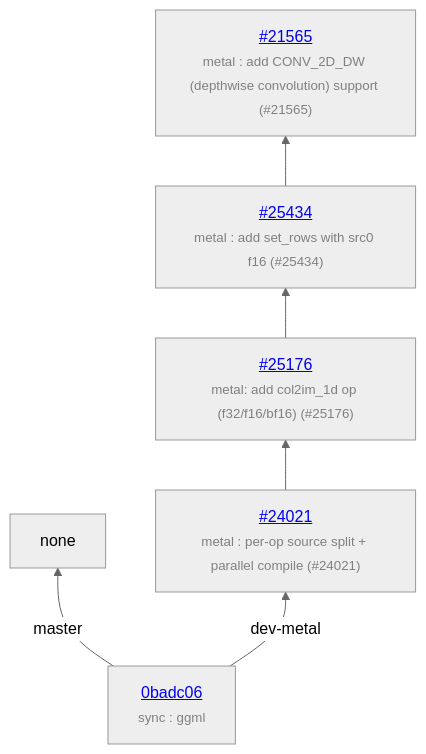
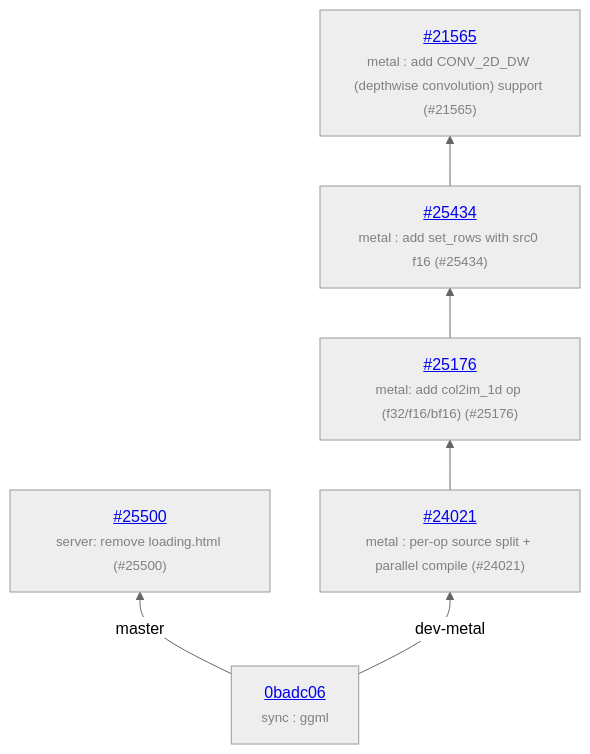
The diagram in README.md (ggml-org/llama.cpp-dev), drawn with Mermaid (neutral theme) before and after one commit. The commit also changed other lines of this file and 1 other file, not shown here.

Commit message:
auto: update

````diff
--- a/README.md
+++ b/README.md
@@ -13,13 +13,14 @@
 ```mermaid
 graph BT
     COMMON["<a href='https://github.com/ggml-org/llama.cpp/commit/0badc06ab53a8eb96e01242b92ec1365c4465a2a'>0badc06</a><br/><span style='font-size:smaller;color:gray'>sync : ggml</span>"]
-    COMMON -->|master| none
+    COMMON -->|master| C_a935fbf
+    C_a935fbf["<a href='https://github.com/ggml-org/llama.cpp/pull/25500'>#25500</a><br/><span style='font-size:smaller;color:gray'>server: remove loading.html (#25500)</span>"]
     COMMON -->|dev-metal| C_3835214
     C_3835214["<a href='https://github.com/ggml-org/llama.cpp/pull/24021'>#24021</a><br/><span style='font-size:smaller;color:gray'>metal : per-op source split + parallel compile (#24021)</span>"]
     C_3835214 --> C_de75555
     C_de75555["<a href='https://github.com/ggml-org/llama.cpp/pull/25176'>#25176</a><br/><span style='font-size:smaller;color:gray'>metal: add col2im_1d op (f32/f16/bf16) (#25176)</span>"]
     C_de75555 --> C_e3ea5de
     C_e3ea5de["<a href='https://github.com/ggml-org/llama.cpp/pull/25434'>#25434</a><br/><span style='font-size:smaller;color:gray'>metal : add set_rows with src0 f16 (#25434)</span>"]
     C_e3ea5de --> C_65dd913
     C_65dd913["<a href='https://github.com/ggml-org/llama.cpp/pull/21565'>#21565</a><br/><span style='font-size:smaller;color:gray'>metal : add CONV_2D_DW (depthwise convolution) support (#21565)</span>"]
 ```
````
